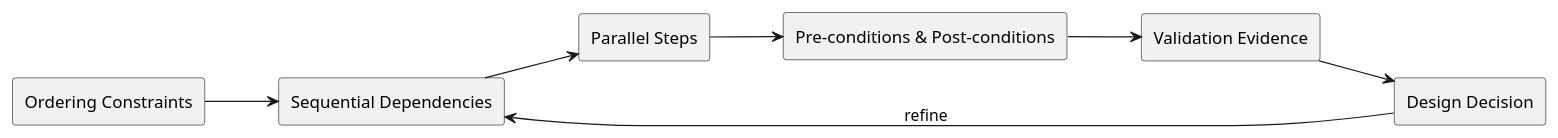
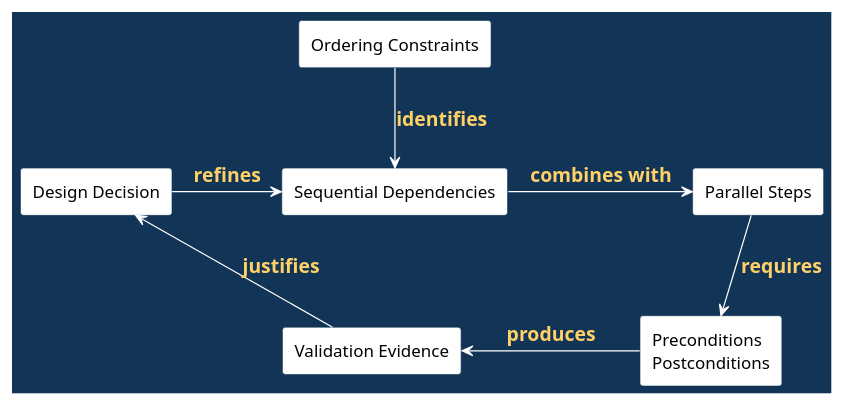
One commit to madajaju/CS5254 changed the sixth of 16 diagrams in doc/lectures/week5/ordering_constraints/README.slides.adoc. Above: the diagram before and after it, drawn with PlantUML. The commit also changed other lines of this file and 62 other files, not shown here.

```diff
--- a/doc/lectures/week5/ordering_constraints/README.slides.adoc
+++ b/doc/lectures/week5/ordering_constraints/README.slides.adoc
@@ -70,22 +195,31 @@
-[plantuml, target=system_architecture, format=svg, width=80%]
+[plantuml,architecture-view,svg,width=100%]
 ----
 @startuml
-skinparam monochrome true
+skinparam BackgroundColor #123456
+skinparam DefaultFontColor white
+skinparam ArrowColor white
+skinparam ArrowFontColor #ffd166
+skinparam ArrowFontStyle bold
+skinparam ArrowFontSize 16
 skinparam shadowing false
-left to right direction
+skinparam rectangle {
+  BackgroundColor white
+  FontColor black
+  BorderColor #123456
+}
 
 rectangle "Ordering Constraints" as Topic
 rectangle "Sequential Dependencies" as A
 rectangle "Parallel Steps" as B
-rectangle "Pre-conditions & Post-conditions" as C
+rectangle "Preconditions\nPostconditions" as C
 rectangle "Validation Evidence" as V
 rectangle "Design Decision" as D
 
-Topic --> A
-A --> B
-B --> C
-C --> V
-V --> D
-D --> A : refine
+Topic --> A : identifies
+A -right-> B : combines with
+B -down-> C : requires
+C -left-> V : produces
+V -up-> D : justifies
+D -> A : refines
 @enduml
 ----
```
